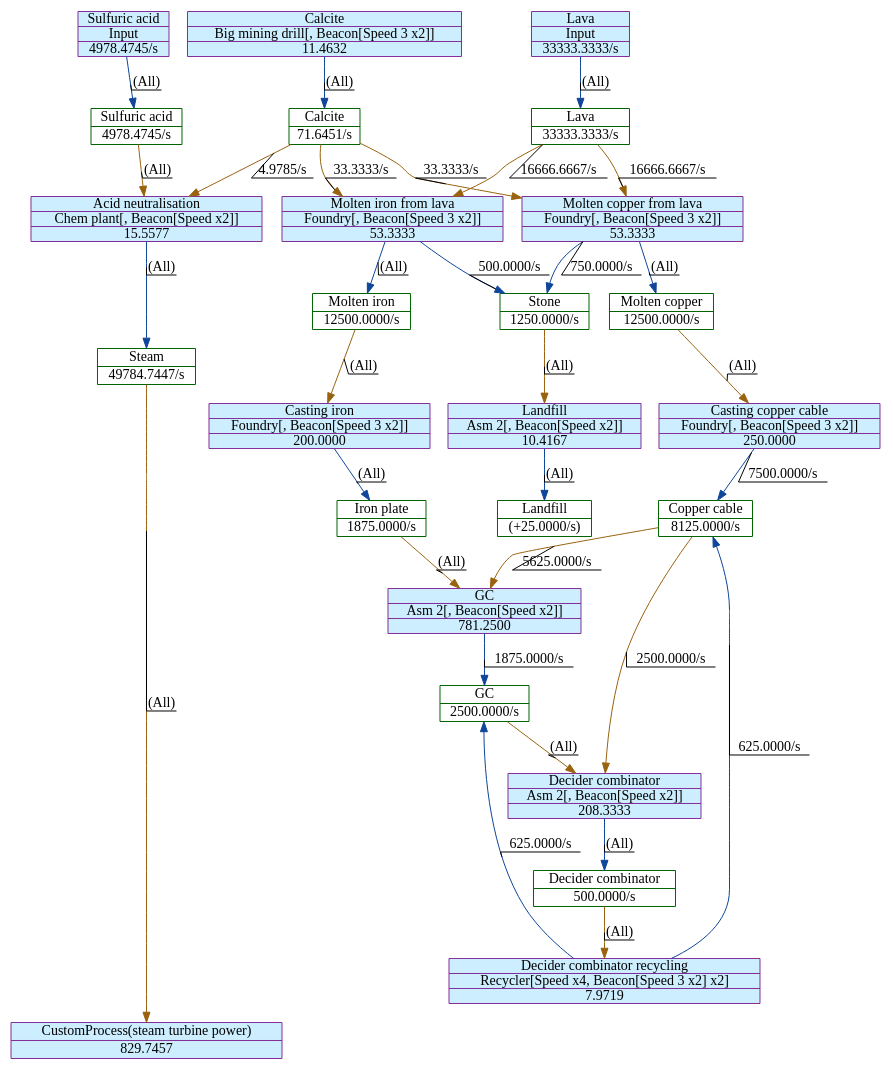
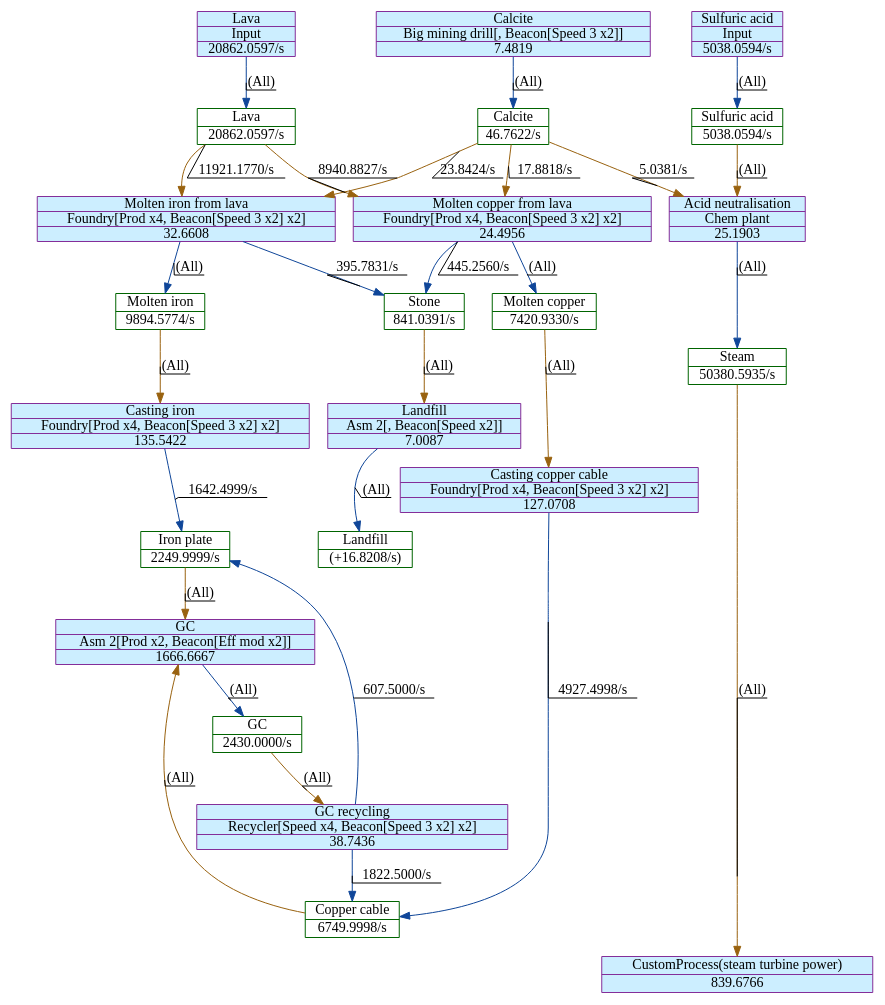
The diagram in output/20MGC.dot (GlassBricks/factorio-analysis), drawn with Graphviz before and after one commit. The commit also changed 8 other files, not shown here.

```diff
--- a/output/20MGC.dot
+++ b/output/20MGC.dot
@@ -1,84 +1,77 @@
 digraph {
     layout="dot"
     concentrate=true
     node [shape="record"; margin=0]
     edge [decorate=true]
-    0 [color="#006400"; label="{Copper cable|8125.0000/s}"]
-    1 [color="#006400"; label="{GC|2500.0000/s}"]
-    2 [color="#006400"; label="{Decider combinator|500.0000/s}"]
-    3 [color="#006400"; label="{Landfill|(+25.0000/s)}"]
-    4 [color="#006400"; label="{Stone|1250.0000/s}"]
-    5 [color="#006400"; label="{Iron plate|1875.0000/s}"]
-    6 [color="#006400"; label="{Molten iron|12500.0000/s}"]
-    7 [color="#006400"; label="{Molten copper|12500.0000/s}"]
-    8 [color="#006400"; label="{Sulfuric acid|4978.4745/s}"]
-    9 [color="#006400"; label="{Steam|49784.7447/s}"]
-    10 [color="#006400"; label="{Calcite|71.6451/s}"]
-    11 [color="#006400"; label="{Lava|33333.3333/s}"]
-    12 [style="filled"; color="#842e99"; fillcolor="#cceeff"; label="{Decider combinator recycling|Recycler[Speed x4, Beacon[Speed 3 x2] x2]|7.9719}"]
-    13 [style="filled"; color="#842e99"; fillcolor="#cceeff"; label="{Landfill|Asm 2[, Beacon[Speed x2]]|10.4167}"]
-    14 [style="filled"; color="#842e99"; fillcolor="#cceeff"; label="{Casting iron|Foundry[, Beacon[Speed 3 x2]]|200.0000}"]
-    15 [style="filled"; color="#842e99"; fillcolor="#cceeff"; label="{Casting copper cable|Foundry[, Beacon[Speed 3 x2]]|250.0000}"]
-    16 [style="filled"; color="#842e99"; fillcolor="#cceeff"; label="{Acid neutralisation|Chem plant[, Beacon[Speed x2]]|15.5577}"]
-    17 [style="filled"; color="#842e99"; fillcolor="#cceeff"; label="{Lava|Input|33333.3333/s}"]
-    18 [style="filled"; color="#842e99"; fillcolor="#cceeff"; label="{GC|Asm 2[, Beacon[Speed x2]]|781.2500}"]
-    19 [style="filled"; color="#842e99"; fillcolor="#cceeff"; label="{Calcite|Big mining drill[, Beacon[Speed 3 x2]]|11.4632}"]
-    20 [style="filled"; color="#842e99"; fillcolor="#cceeff"; label="{CustomProcess(steam turbine power)|829.7457}"]
-    21 [style="filled"; color="#842e99"; fillcolor="#cceeff"; label="{Molten iron from lava|Foundry[, Beacon[Speed 3 x2]]|53.3333}"]
-    22 [style="filled"; color="#842e99"; fillcolor="#cceeff"; label="{Decider combinator|Asm 2[, Beacon[Speed x2]]|208.3333}"]
-    23 [style="filled"; color="#842e99"; fillcolor="#cceeff"; label="{Sulfuric acid|Input|4978.4745/s}"]
-    24 [style="filled"; color="#842e99"; fillcolor="#cceeff"; label="{Molten copper from lava|Foundry[, Beacon[Speed 3 x2]]|53.3333}"]
-    0 -> 18 [color="#99620f"; label="5625.0000/s
+    0 [color="#006400"; label="{Steam|50380.5935/s}"]
+    1 [color="#006400"; label="{Calcite|46.7622/s}"]
+    2 [color="#006400"; label="{Sulfuric acid|5038.0594/s}"]
+    3 [color="#006400"; label="{Iron plate|2249.9999/s}"]
+    4 [color="#006400"; label="{Molten iron|9894.5774/s}"]
+    5 [color="#006400"; label="{Copper cable|6749.9998/s}"]
+    6 [color="#006400"; label="{GC|2430.0000/s}"]
+    7 [color="#006400"; label="{Landfill|(+16.8208/s)}"]
+    8 [color="#006400"; label="{Stone|841.0391/s}"]
+    9 [color="#006400"; label="{Lava|20862.0597/s}"]
+    10 [color="#006400"; label="{Molten copper|7420.9330/s}"]
+    11 [style="filled"; color="#842e99"; fillcolor="#cceeff"; label="{Acid neutralisation|Chem plant|25.1903}"]
+    12 [style="filled"; color="#842e99"; fillcolor="#cceeff"; label="{Casting iron|Foundry[Prod x4, Beacon[Speed 3 x2] x2]|135.5422}"]
+    13 [style="filled"; color="#842e99"; fillcolor="#cceeff"; label="{GC recycling|Recycler[Speed x4, Beacon[Speed 3 x2] x2]|38.7436}"]
+    14 [style="filled"; color="#842e99"; fillcolor="#cceeff"; label="{GC|Asm 2[Prod x2, Beacon[Eff mod x2]]|1666.6667}"]
+    15 [style="filled"; color="#842e99"; fillcolor="#cceeff"; label="{Landfill|Asm 2[, Beacon[Speed x2]]|7.0087}"]
+    16 [style="filled"; color="#842e99"; fillcolor="#cceeff"; label="{Sulfuric acid|Input|5038.0594/s}"]
+    17 [style="filled"; color="#842e99"; fillcolor="#cceeff"; label="{Molten iron from lava|Foundry[Prod x4, Beacon[Speed 3 x2] x2]|32.6608}"]
+    18 [style="filled"; color="#842e99"; fillcolor="#cceeff"; label="{CustomProcess(steam turbine power)|839.6766}"]
+    19 [style="filled"; color="#842e99"; fillcolor="#cceeff"; label="{Lava|Input|20862.0597/s}"]
+    20 [style="filled"; color="#842e99"; fillcolor="#cceeff"; label="{Calcite|Big mining drill[, Beacon[Speed 3 x2]]|7.4819}"]
+    21 [style="filled"; color="#842e99"; fillcolor="#cceeff"; label="{Casting copper cable|Foundry[Prod x4, Beacon[Speed 3 x2] x2]|127.0708}"]
+    22 [style="filled"; color="#842e99"; fillcolor="#cceeff"; label="{Molten copper from lava|Foundry[Prod x4, Beacon[Speed 3 x2] x2]|24.4956}"]
+    0 -> 18 [color="#99620f"; label="(All)"]
+    1 -> 11 [color="#99620f"; label="5.0381/s
 "]
-    0 -> 22 [color="#99620f"; label="2500.0000/s
+    1 -> 17 [color="#99620f"; label="23.8424/s
 "]
-    1 -> 22 [color="#99620f"; label="(All)"]
-    2 -> 12 [color="#99620f"; label="(All)"]
-    4 -> 13 [color="#99620f"; label="(All)"]
-    5 -> 18 [color="#99620f"; label="(All)"]
-    6 -> 14 [color="#99620f"; label="(All)"]
-    7 -> 15 [color="#99620f"; label="(All)"]
-    8 -> 16 [color="#99620f"; label="(All)"]
-    9 -> 20 [color="#99620f"; label="(All)"]
-    10 -> 16 [color="#99620f"; label="4.9785/s
+    1 -> 22 [color="#99620f"; label="17.8818/s
 "]
-    10 -> 21 [color="#99620f"; label="33.3333/s
+    2 -> 11 [color="#99620f"; label="(All)"]
+    3 -> 14 [color="#99620f"; label="(All)"]
+    4 -> 12 [color="#99620f"; label="(All)"]
+    5 -> 14 [color="#99620f"; label="(All)"]
+    6 -> 13 [color="#99620f"; label="(All)"]
+    8 -> 15 [color="#99620f"; label="(All)"]
+    9 -> 17 [color="#99620f"; label="11921.1770/s
 "]
-    10 -> 24 [color="#99620f"; label="33.3333/s
+    9 -> 22 [color="#99620f"; label="8940.8827/s
 "]
-    11 -> 21 [color="#99620f"; label="16666.6667/s
+    10 -> 21 [color="#99620f"; label="(All)"]
+    11 -> 0 [color="#0f4699"; label="(All)"]
+    12 -> 3 [color="#0f4699"; label="1642.4999/s
 "]
-    11 -> 24 [color="#99620f"; label="16666.6667/s
+    13 -> 5 [color="#0f4699"; label="1822.5000/s
 "]
-    12 -> 0 [color="#0f4699"; label="625.0000/s
+    13 -> 3 [color="#0f4699"; label="607.5000/s
 "]
-    12 -> 1 [color="#0f4699"; label="625.0000/s
+    14 -> 6 [color="#0f4699"; label="(All)"]
+    15 -> 7 [color="#0f4699"; label="(All)"]
+    16 -> 2 [color="#0f4699"; label="(All)"]
+    17 -> 8 [color="#0f4699"; label="395.7831/s
 "]
-    13 -> 3 [color="#0f4699"; label="(All)"]
-    14 -> 5 [color="#0f4699"; label="(All)"]
-    15 -> 0 [color="#0f4699"; label="7500.0000/s
+    17 -> 4 [color="#0f4699"; label="(All)"]
+    19 -> 9 [color="#0f4699"; label="(All)"]
+    20 -> 1 [color="#0f4699"; label="(All)"]
+    21 -> 5 [color="#0f4699"; label="4927.4998/s
 "]
-    16 -> 9 [color="#0f4699"; label="(All)"]
-    17 -> 11 [color="#0f4699"; label="(All)"]
-    18 -> 1 [color="#0f4699"; label="1875.0000/s
-"]
-    19 -> 10 [color="#0f4699"; label="(All)"]
-    21 -> 4 [color="#0f4699"; label="500.0000/s
-"]
-    21 -> 6 [color="#0f4699"; label="(All)"]
-    22 -> 2 [color="#0f4699"; label="(All)"]
-    23 -> 8 [color="#0f4699"; label="(All)"]
-    24 -> 7 [color="#0f4699"; label="(All)"]
-    24 -> 4 [color="#0f4699"; label="750.0000/s
+    22 -> 10 [color="#0f4699"; label="(All)"]
+    22 -> 8 [color="#0f4699"; label="445.2560/s
 "]
     subgraph {
         rank="source"
-        17
+        16
         19
-        23
+        20
     }
     subgraph {
         rank="sink"
-        20
+        18
     }
 }
```
